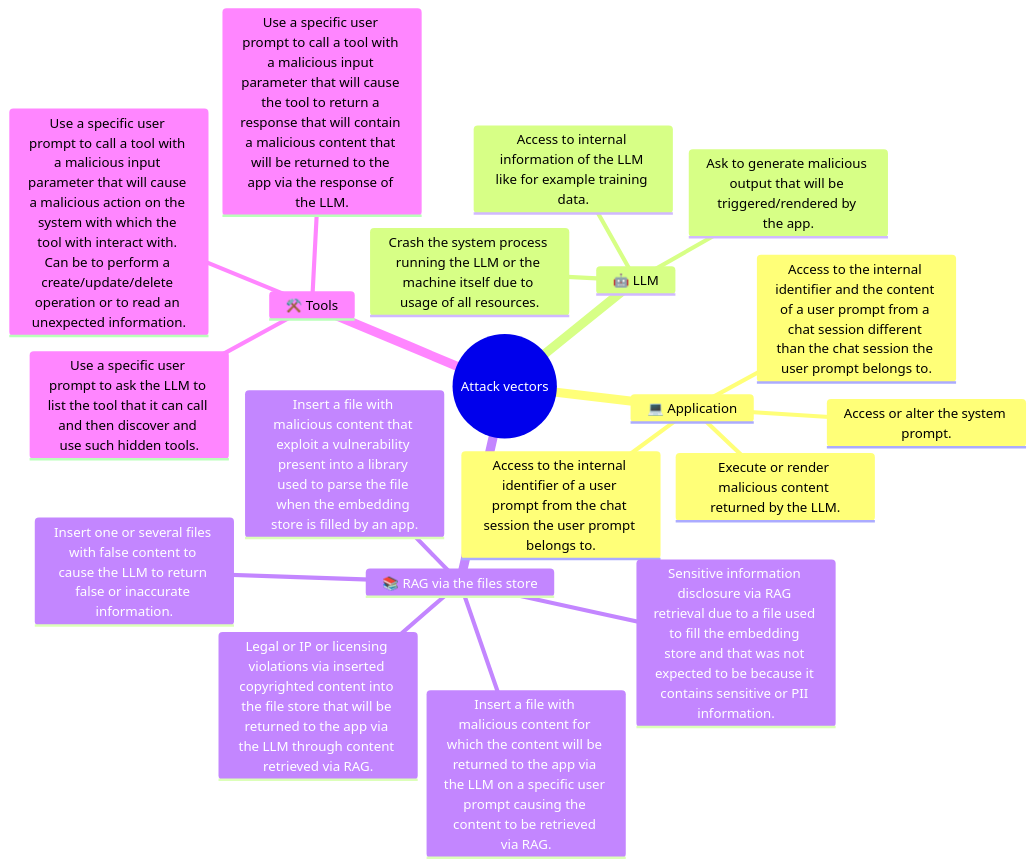
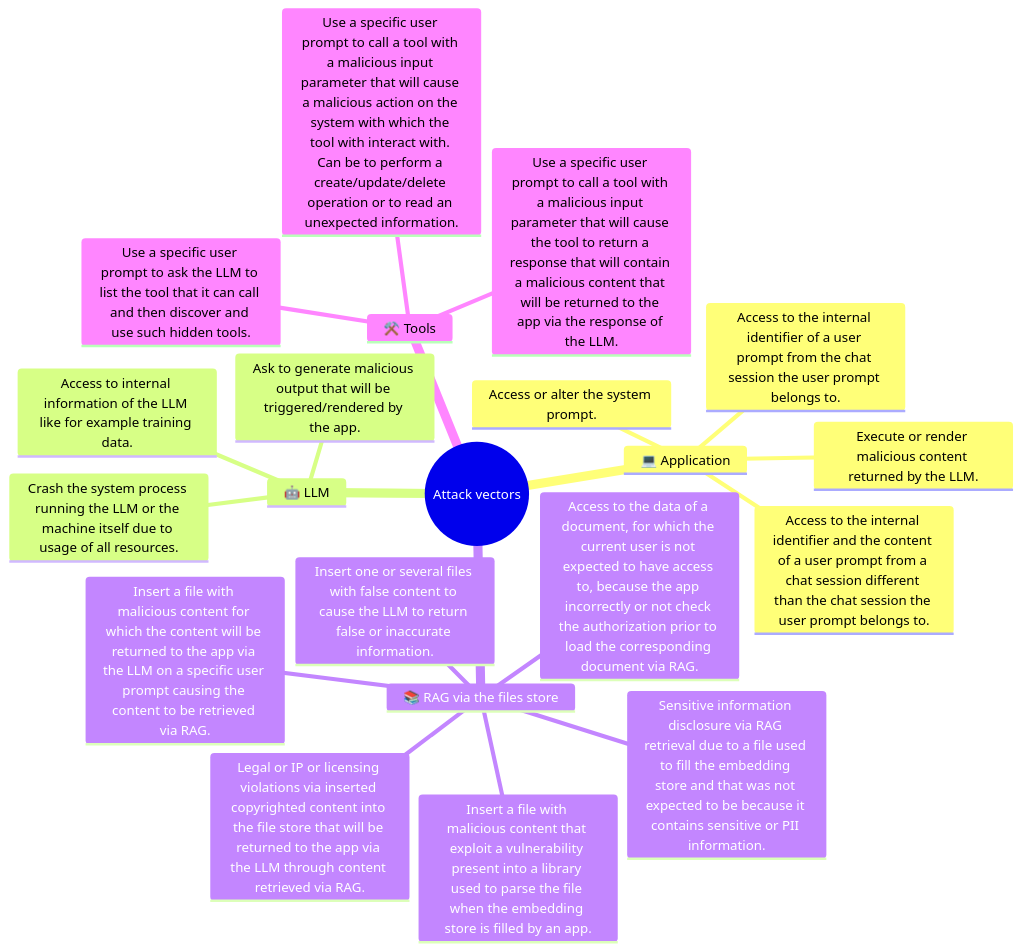
The diagram in README.md (righettod/poc-llm), drawn with Mermaid before and after one commit.

````diff
--- a/README.md
+++ b/README.md
@@ -51,23 +51,24 @@
 ```mermaid
 mindmap
   root((Attack vectors))
     💻 Application
         Access or alter the system prompt.
         Execute or render malicious content returned by the LLM.
         Access to the internal identifier of a user prompt from the chat session the user prompt belongs to.
         Access to the internal identifier and the content of a user prompt from a chat session different than the chat session the user prompt belongs to.
     🤖 LLM
         Access to internal information of the LLM like for example training data.
         Ask to generate malicious output that will be triggered/rendered by the app.
         Crash the system process running the LLM or the machine itself due to usage of all resources.
     📚 RAG via the files store
         Insert a file with malicious content for which the content will be returned to the app via the LLM on a specific user prompt causing the content to be retrieved via RAG.
         Insert a file with malicious content that exploit a vulnerability present into a library used to parse the file when the embedding store is filled by an app.
         Sensitive information disclosure via RAG retrieval due to a file used to fill the embedding store and that was not expected to be because it contains sensitive or PII information.
         Insert one or several files with false content to cause the LLM to return false or inaccurate information.
         Legal or IP or licensing violations via inserted copyrighted content into the file store that will be returned to the app via the LLM through content retrieved via RAG.
+        Access to the data of a document, for which the current user is not expected to have access to, because the app incorrectly or not check the authorization prior to load the corresponding document via RAG.
     ⚒️ Tools
         Use a specific user prompt to call a tool with a malicious input parameter that will cause a malicious action on the system with which the tool with interact with. Can be to perform a create/update/delete operation or to read an unexpected information.
         Use a specific user prompt to call a tool with a malicious input parameter that will cause the tool to return a response that will contain a malicious content that will be returned to the app via the response of the LLM.
         Use a specific user prompt to ask the LLM to list the tool that it can call and then discover and use such hidden tools.
 ```
````
